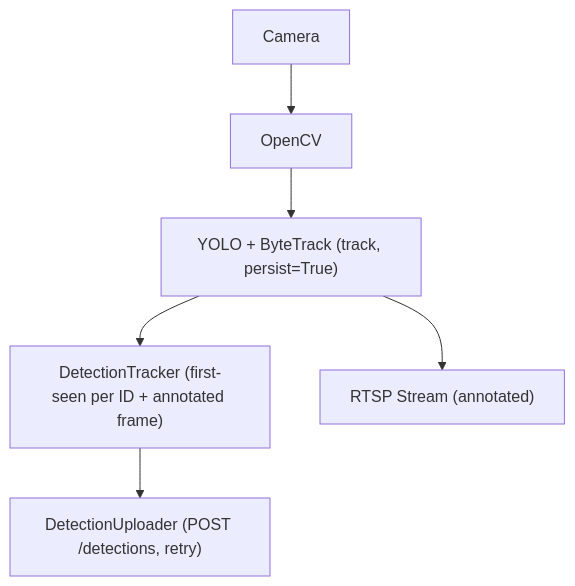
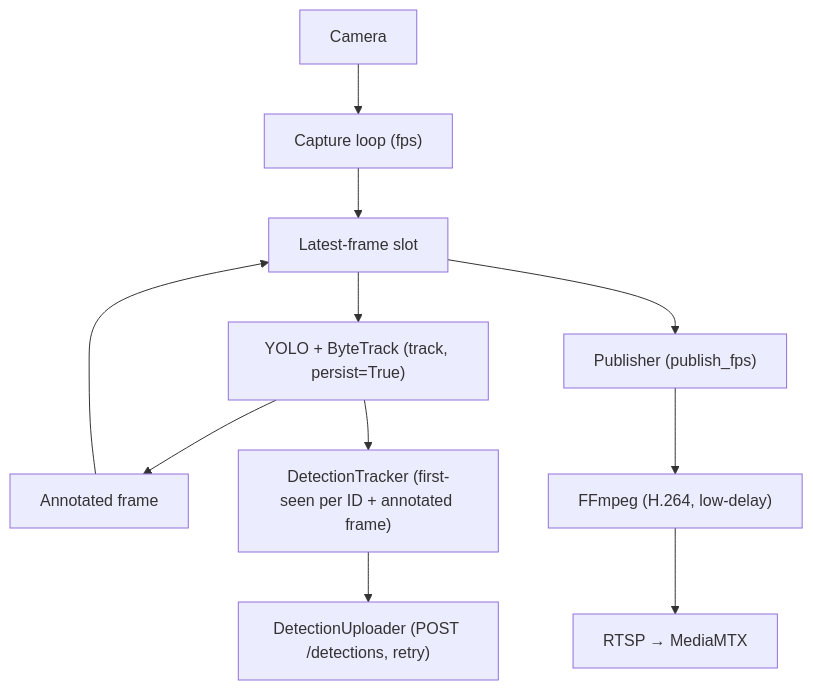
One commit to vclane/vclane-docs changed the second of 2 diagrams in docs/edge-device.md. Above: the diagram before and after it, drawn with Mermaid. The commit also changed other lines of this file and 9 other files, not shown here.

Commit message:
docs: go2rtc low-latency WebRTC + edge publish-rate fix (2.14.0)

````diff
--- a/docs/edge-device.md
+++ b/docs/edge-device.md
@@ -86,8 +86,13 @@
 ```mermaid
 graph TD
-    Camera --> OpenCV
-    OpenCV --> TRACK["YOLO + ByteTrack (track, persist=True)"]
+    Camera --> Capture["Capture loop (fps)"]
+    Capture --> Slot["Latest-frame slot"]
+    Slot --> TRACK["YOLO + ByteTrack (track, persist=True)"]
+    TRACK --> Annotate["Annotated frame"]
+    Annotate --> Slot
     TRACK --> Detect["DetectionTracker (first-seen per ID + annotated frame)"]
     Detect --> Upload["DetectionUploader (POST /detections, retry)"]
-    TRACK --> RTSP["RTSP Stream (annotated)"]
+    Slot --> PUB["Publisher (publish_fps)"]
+    PUB --> FFMPEG["FFmpeg (H.264, low-delay)"]
+    FFMPEG --> RTSP["RTSP → MediaMTX"]
 ```
````
